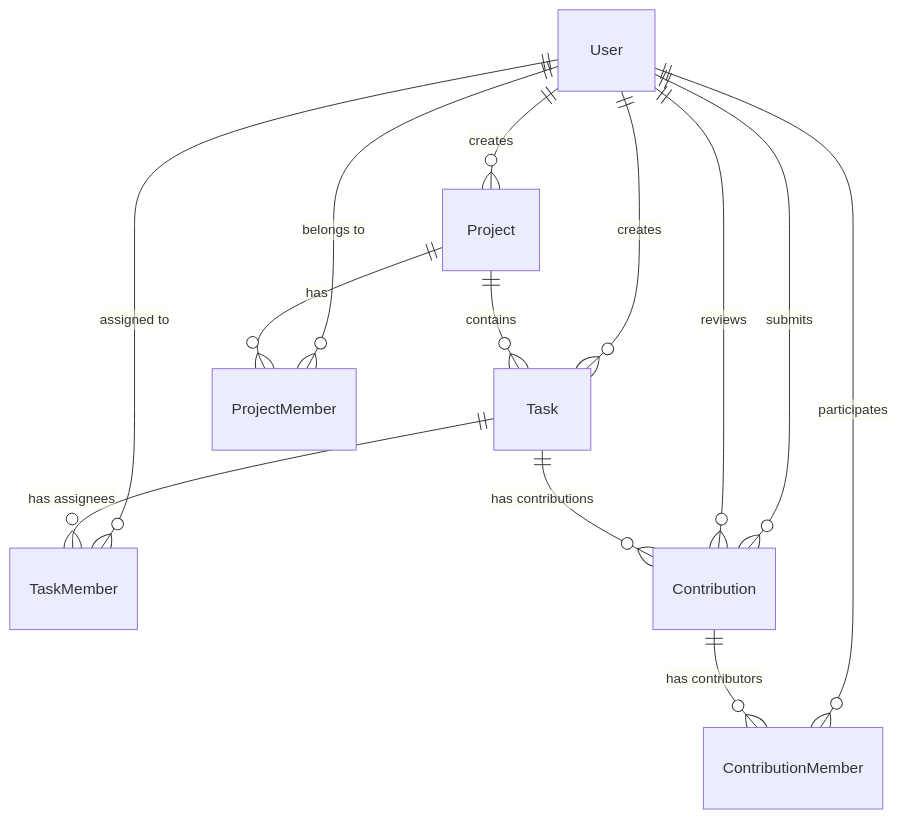
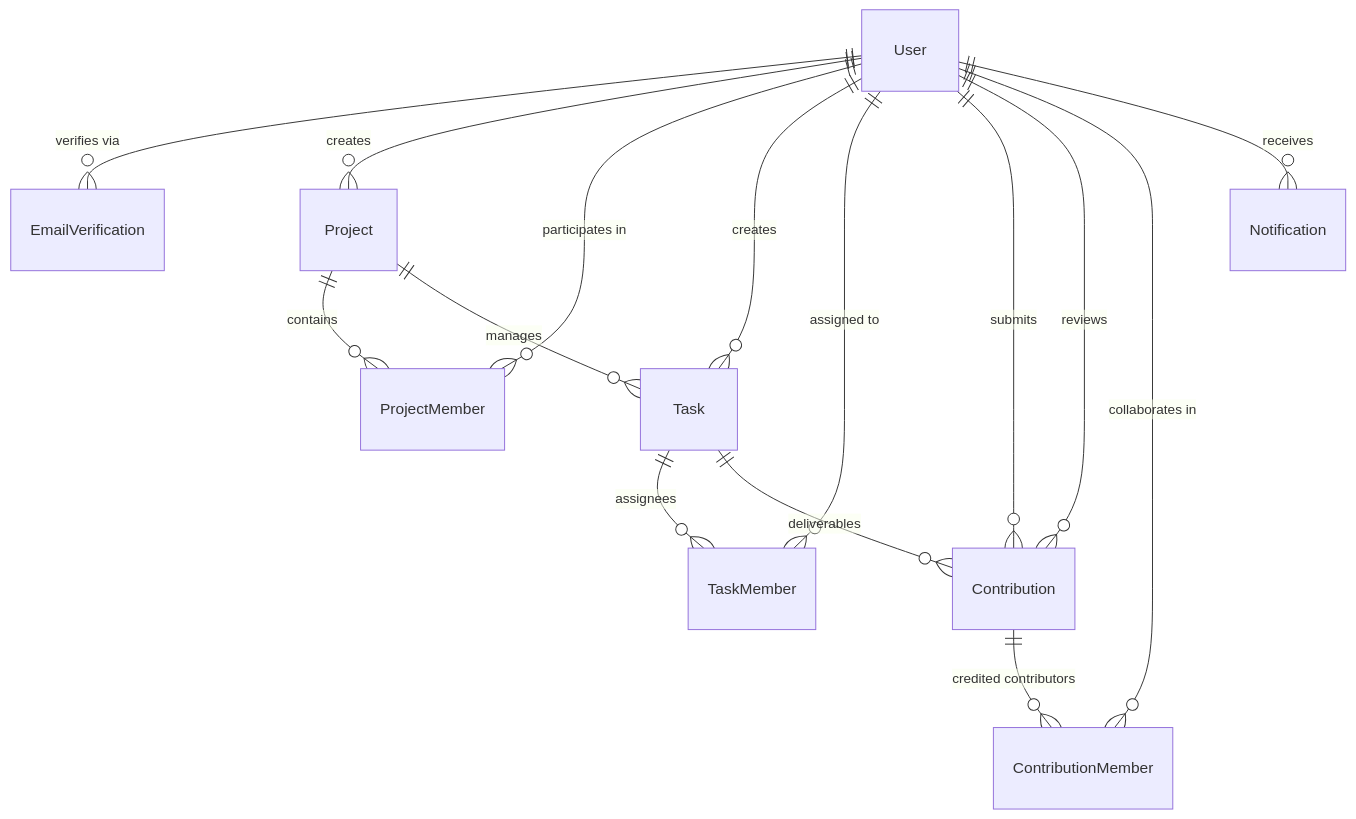
One commit to iqbhavya/ContriFlow changed the diagram in README.md. Above: the diagram before and after it, drawn with Mermaid. The commit also changed other lines of this file, not shown here.

````diff
--- a/README.md
+++ b/README.md
@@ -85,18 +136,20 @@
 ```mermaid
 erDiagram
+    User ||--o{ EmailVerification : "verifies via"
     User ||--o{ Project : "creates"
+    User ||--o{ ProjectMember : "participates in"
     User ||--o{ Task : "creates"
-    User ||--o{ ProjectMember : "belongs to"
     User ||--o{ TaskMember : "assigned to"
     User ||--o{ Contribution : "submits"
     User ||--o{ Contribution : "reviews"
-    User ||--o{ ContributionMember : "participates"
+    User ||--o{ ContributionMember : "collaborates in"
+    User ||--o{ Notification : "receives"
     
-    Project ||--o{ ProjectMember : "has"
-    Project ||--o{ Task : "contains"
+    Project ||--o{ ProjectMember : "contains"
+    Project ||--o{ Task : "manages"
     
-    Task ||--o{ TaskMember : "has assignees"
-    Task ||--o{ Contribution : "has contributions"
+    Task ||--o{ TaskMember : "assignees"
+    Task ||--o{ Contribution : "deliverables"
     
-    Contribution ||--o{ ContributionMember : "has contributors"
+    Contribution ||--o{ ContributionMember : "credited contributors"
 ```
````
